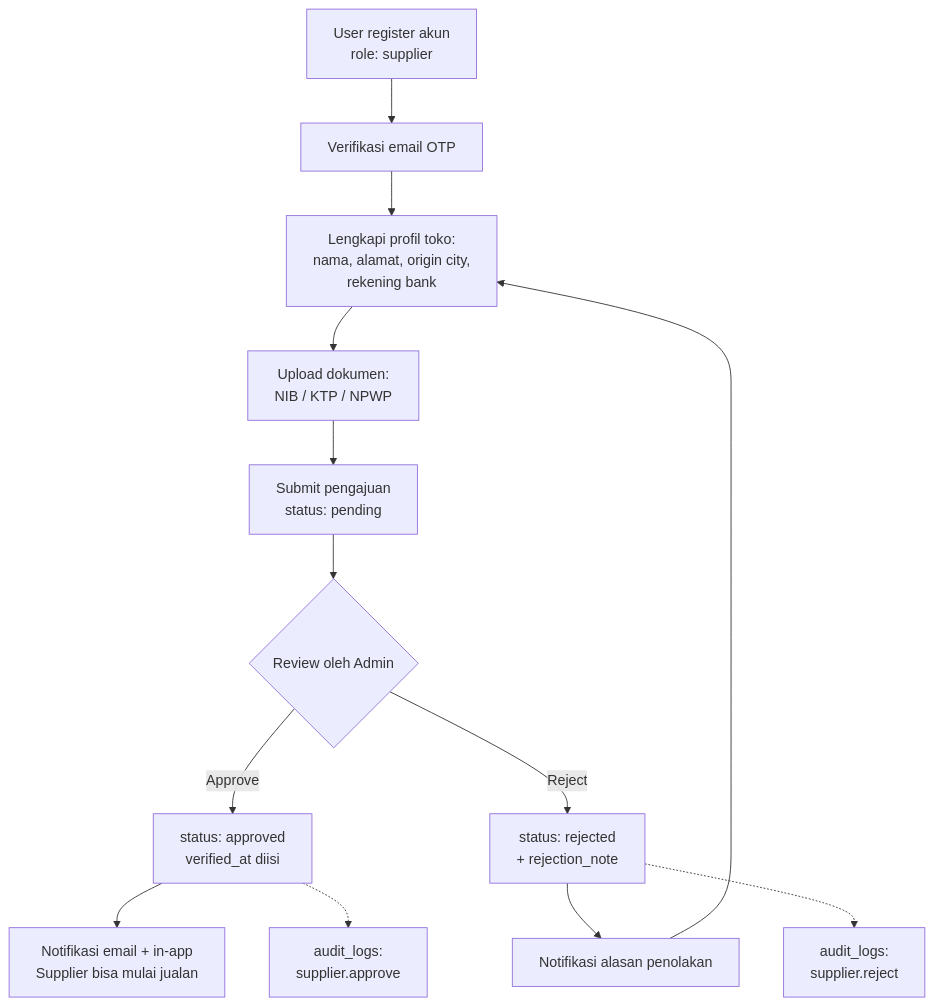
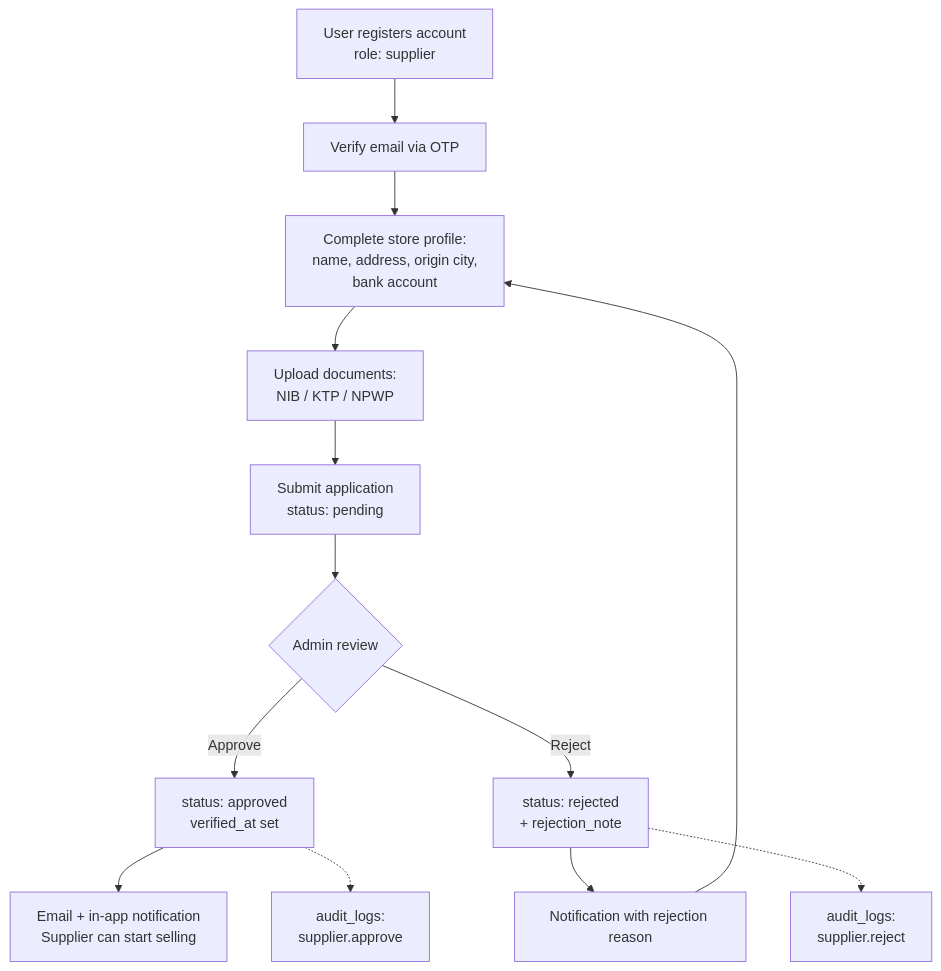
The fifth of 10 diagrams in docs/erd.md (erdinhrmwn/bangunin-project), drawn with Mermaid before and after one commit. The commit also changed other lines of this file and 2 other files, not shown here.

First line of the commit message:
docs: translate erd, requirements, struktur-project to English

````diff
--- a/docs/erd.md
+++ b/docs/erd.md
@@ -376,15 +376,15 @@
 ```mermaid
 flowchart TD
-    A[User register akun\nrole: supplier] --> B[Verifikasi email OTP]
-    B --> C[Lengkapi profil toko:\nnama, alamat, origin city,\nrekening bank]
-    C --> D[Upload dokumen:\nNIB / KTP / NPWP]
-    D --> E[Submit pengajuan\nstatus: pending]
-    E --> F{Review oleh Admin}
-    F -- Approve --> G[status: approved\nverified_at diisi]
-    G --> H[Notifikasi email + in-app\nSupplier bisa mulai jualan]
+    A[User registers account\nrole: supplier] --> B[Verify email via OTP]
+    B --> C[Complete store profile:\nname, address, origin city,\nbank account]
+    C --> D[Upload documents:\nNIB / KTP / NPWP]
+    D --> E[Submit application\nstatus: pending]
+    E --> F{Admin review}
+    F -- Approve --> G[status: approved\nverified_at set]
+    G --> H[Email + in-app notification\nSupplier can start selling]
     F -- Reject --> I[status: rejected\n+ rejection_note]
-    I --> J[Notifikasi alasan penolakan]
+    I --> J[Notification with rejection reason]
     J --> C
     G -.-> K[audit_logs:\nsupplier.approve]
     I -.-> K2[audit_logs:\nsupplier.reject]
 ```
````
